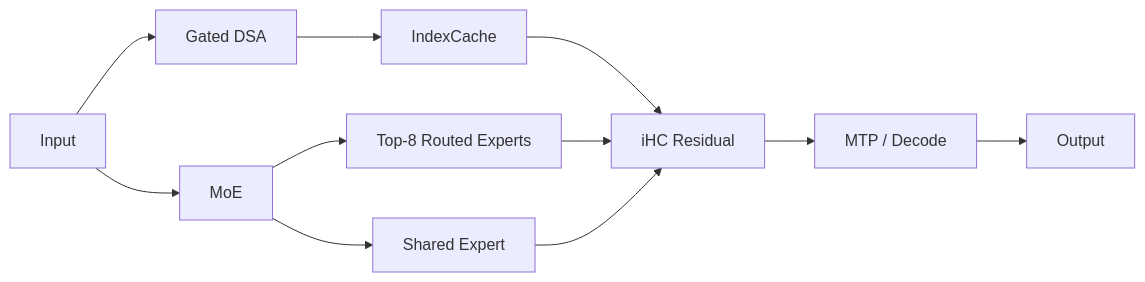
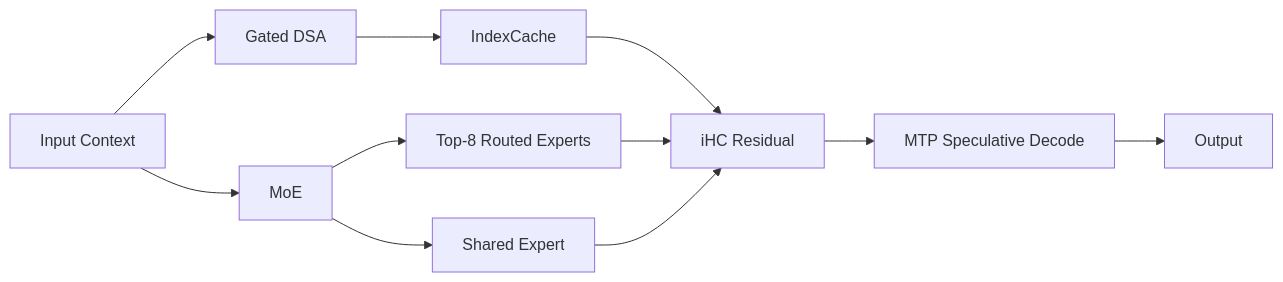
Before and after one commit to wlf186/ai-daily-headlines: diagram 13 of 20 in 260829.md, drawn with Mermaid. The commit also changed other lines of this file, not shown here.

````diff
--- a/260829.md
+++ b/260829.md
@@ -713,13 +636,13 @@
 ```mermaid
 flowchart LR
-    H1[Input] --> H2[Gated DSA]
+    H1[Input Context] --> H2[Gated DSA]
     H2 --> H3[IndexCache]
     H1 --> H4[MoE]
     H4 --> H5[Top-8 Routed Experts]
     H4 --> H6[Shared Expert]
     H3 --> H7[iHC Residual]
     H5 --> H7
     H6 --> H7
-    H7 --> H8[MTP / Decode]
+    H7 --> H8[MTP Speculative Decode]
     H8 --> H9[Output]
 ```
````
